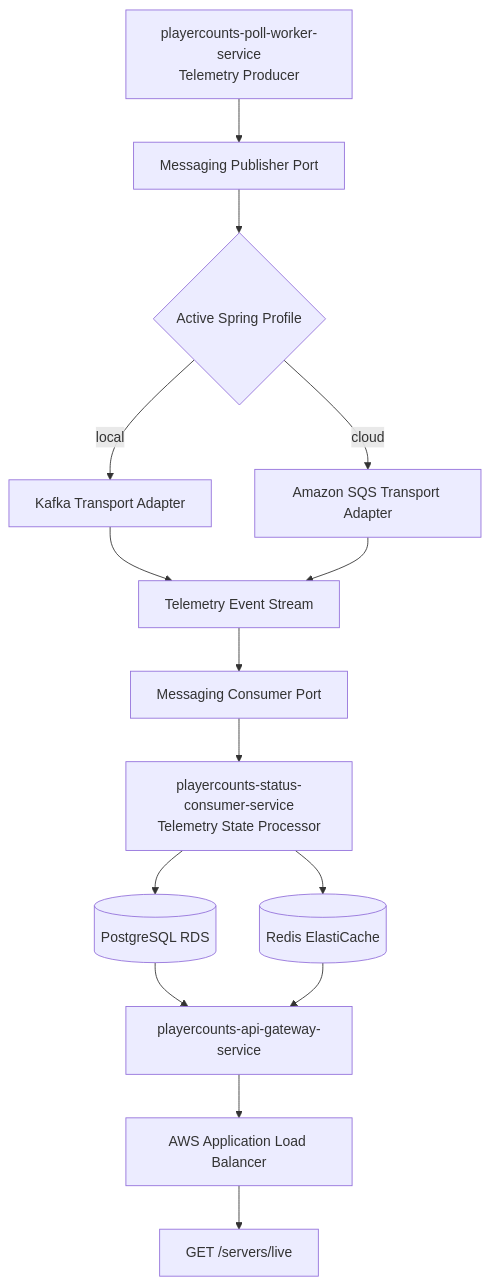
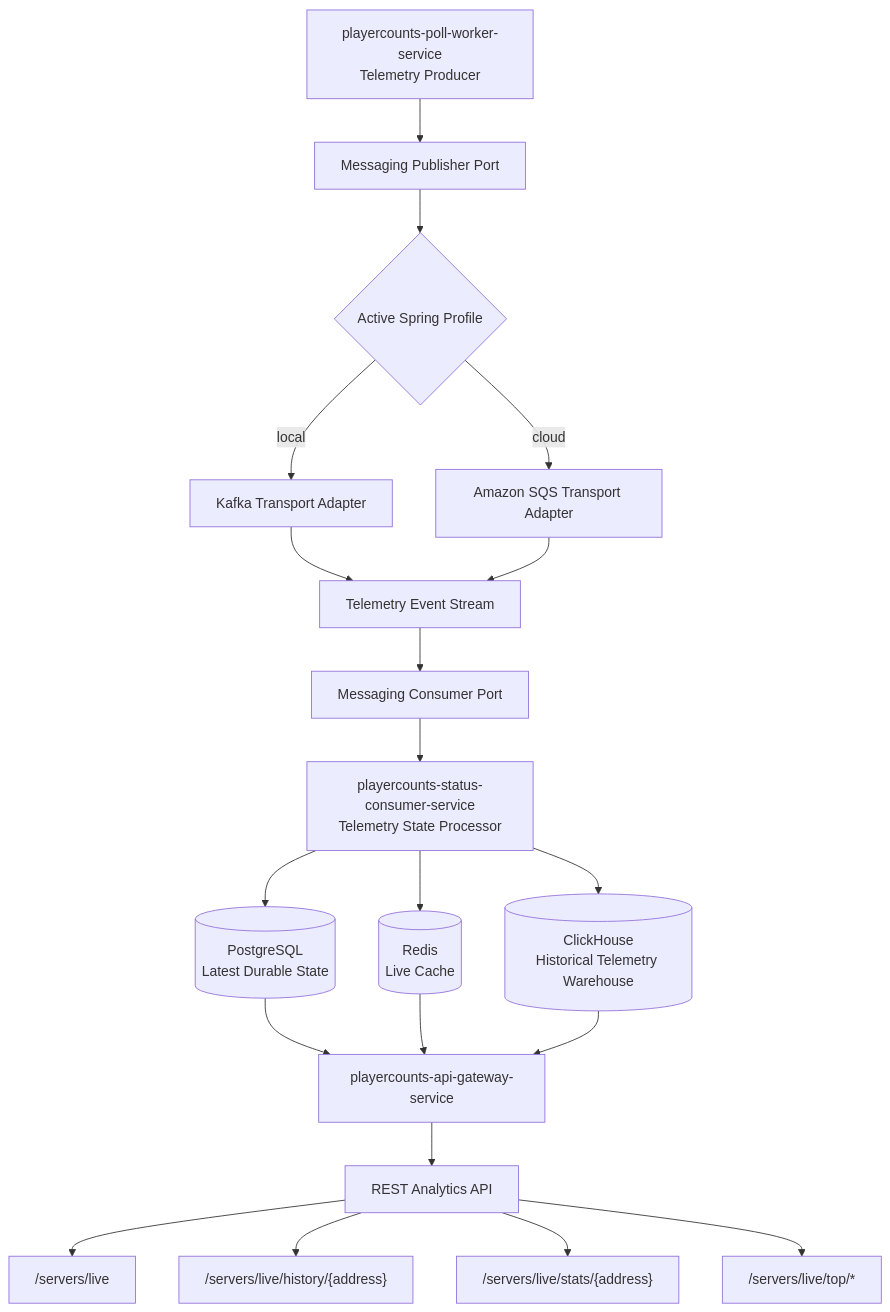
Before and after one commit to myattaw/playercounts-platform: the diagram in README.md, drawn with Mermaid.

Commit message:
Update README with new architectural design

````diff
--- a/README.md
+++ b/README.md
@@ -81,26 +81,32 @@
 ```mermaid
 graph TD
 
     A["playercounts-poll-worker-service<br/>Telemetry Producer"] --> B["Messaging Publisher Port"]
 
     B --> C{"Active Spring Profile"}
 
     C -->|local| D["Kafka Transport Adapter"]
     C -->|cloud| E["Amazon SQS Transport Adapter"]
 
     D --> F["Telemetry Event Stream"]
     E --> F
 
     F --> G["Messaging Consumer Port"]
 
     G --> H["playercounts-status-consumer-service<br/>Telemetry State Processor"]
 
-    H --> I[("PostgreSQL RDS")]
-    H --> J[("Redis ElastiCache")]
+    H --> I[("PostgreSQL<br/>Latest Durable State")]
+    H --> J[("Redis<br/>Live Cache")]
+    H --> N[("ClickHouse<br/>Historical Telemetry Warehouse")]
 
     I --> K["playercounts-api-gateway-service"]
     J --> K
+    N --> K
 
-    K --> L["AWS Application Load Balancer"]
-    L --> M["GET /servers/live"]
+    K --> L["REST Analytics API"]
+
+    L --> M["/servers/live"]
+    L --> O["/servers/live/history/{address}"]
+    L --> P["/servers/live/stats/{address}"]
+    L --> Q["/servers/live/top/*"]
 ```
````
